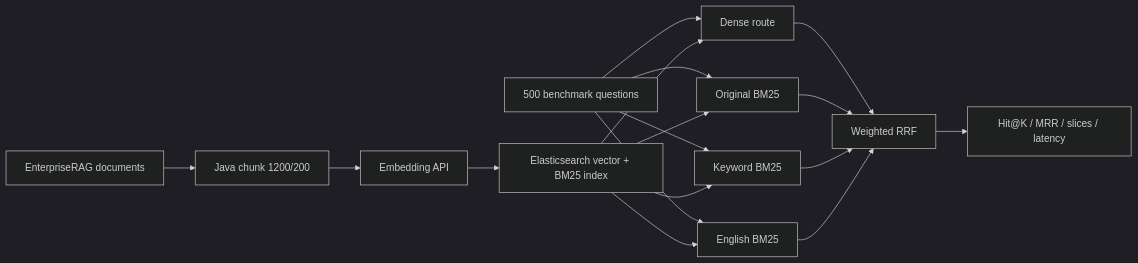
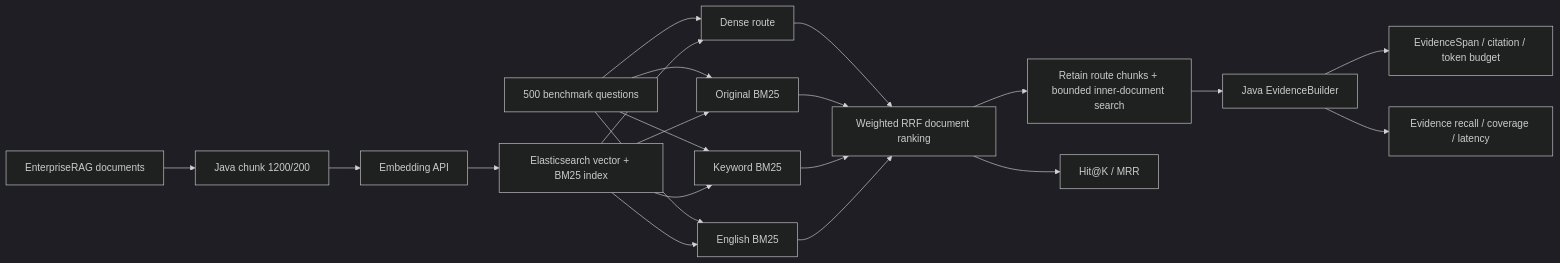
One commit to kkxjerry/paismart-enterprise-rag-java changed the diagram in README.md. Above: the diagram before and after it, drawn with Mermaid (dark theme). The commit also changed other lines of this file and 26 other files, not shown here.

Commit message:
feat: add reproducible evidence builder pipeline

````diff
--- a/README.md
+++ b/README.md
@@ -30,19 +40,23 @@
 ```mermaid
 flowchart LR
   A["EnterpriseRAG documents"] --> B["Java chunk 1200/200"]
   B --> C["Embedding API"]
   C --> D["Elasticsearch vector + BM25 index"]
   Q["500 benchmark questions"] --> E["Dense route"]
   Q --> F["Original BM25"]
   Q --> G["Keyword BM25"]
   Q --> H["English BM25"]
   D --> E
   D --> F
   D --> G
   D --> H
-  E --> I["Weighted RRF"]
+  E --> I["Weighted RRF document ranking"]
   F --> I
   G --> I
   H --> I
-  I --> J["Hit@K / MRR / slices / latency"]
+  I --> J["Retain route chunks + bounded inner-document search"]
+  J --> K["Java EvidenceBuilder"]
+  K --> L["EvidenceSpan / citation / token budget"]
+  I --> M["Hit@K / MRR"]
+  K --> N["Evidence recall / coverage / latency"]
 ```
````
